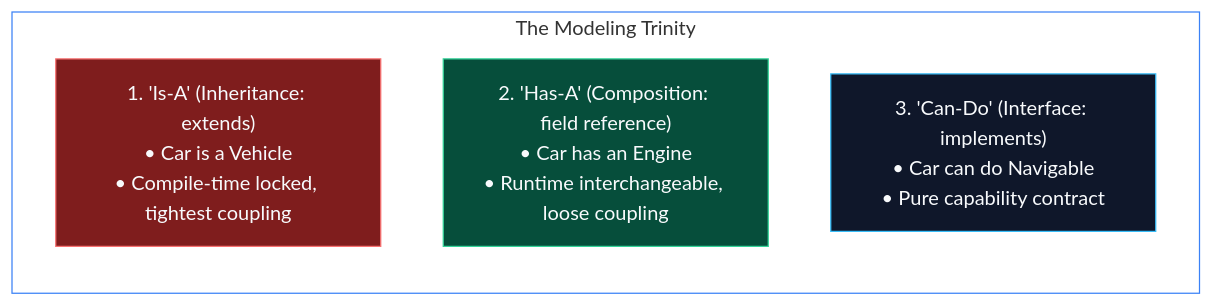
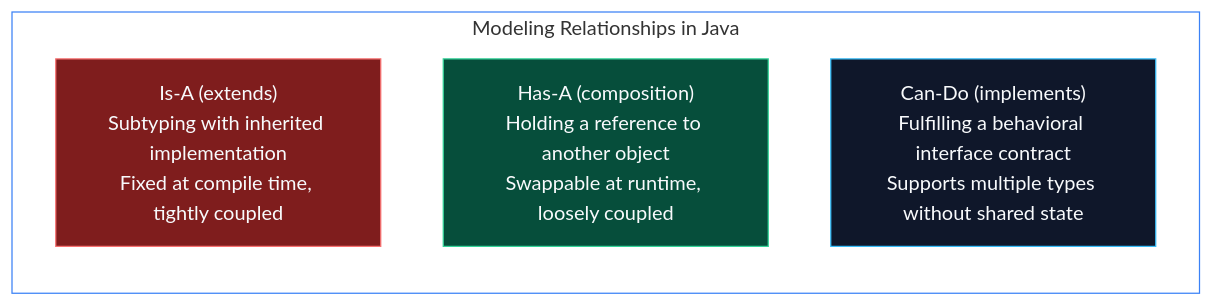
The first of 4 diagrams in content/roadmap/level-1/composition-over-inheritance.md (ravishankar2463/java_hub), drawn with Mermaid (forest theme) before and after one commit. The commit also changed other lines of this file and 119 other files, not shown here.

Commit message:
feat: add comprehensive java learning roadmap content across multiple levels

````diff
--- a/content/roadmap/level-1/composition-over-inheritance.md
+++ b/content/roadmap/level-1/composition-over-inheritance.md
@@ -26,14 +18,14 @@
 ```mermaid
 flowchart TD
-    subgraph Trinity ["The Modeling Trinity"]
+    subgraph Relationships ["Modeling Relationships in Java"]
         direction TB
-        P1["1. 'Is-A' (Inheritance: extends)<br/>• Car is a Vehicle<br/>• Compile-time locked, tightest coupling"]
-        P2["2. 'Has-A' (Composition: field reference)<br/>• Car has an Engine<br/>• Runtime interchangeable, loose coupling"]
-        P3["3. 'Can-Do' (Interface: implements)<br/>• Car can do Navigable<br/>• Pure capability contract"]
+        P1["Is-A (extends)<br/>Subtyping with inherited implementation<br/>Fixed at compile time, tightly coupled"]
+        P2["Has-A (composition)<br/>Holding a reference to another object<br/>Swappable at runtime, loosely coupled"]
+        P3["Can-Do (implements)<br/>Fulfilling a behavioral interface contract<br/>Supports multiple types without shared state"]
     end
 
-    style Trinity fill:transparent,stroke:#3b82f6,stroke-width:1px
+    style Relationships fill:transparent,stroke:#3b82f6,stroke-width:1px
     style P1 fill:#7f1d1d,stroke:#f87171,color:#f8fafc
     style P2 fill:#064e3b,stroke:#34d399,color:#f8fafc
     style P3 fill:#0f172a,stroke:#38bdf8,color:#f8fafc
 ```
````
